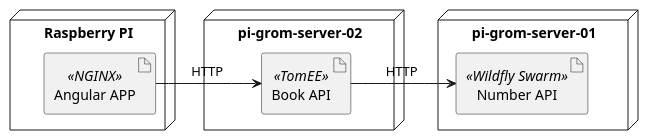
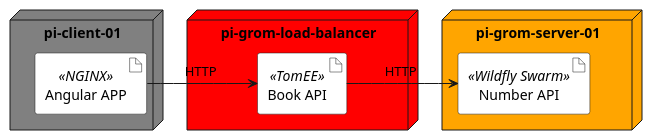
The diagram in slides/src/main/plantuml/invoking-architecture.puml (agoncal/baking-microservice-pie), drawn with PlantUML before and after one commit. The commit also changed 2 other files, not shown here.

```diff
--- a/slides/src/main/plantuml/invoking-architecture.puml
+++ b/slides/src/main/plantuml/invoking-architecture.puml
@@ -1,17 +1,17 @@
 @startuml
 
-node "Raspberry PI" as piclient {
-    artifact "Angular APP" <<NGINX>> as angular
+node "pi-client-01" as piclient #grey {
+    artifact "Angular APP" <<NGINX>> as angular #white
 }
 
-node "pi-grom-server-01" as piserver {
-    artifact "Number API" <<Wildfly Swarm>> as numberapi
+node "pi-grom-server-01" as piserver #orange {
+    artifact "Number API" <<Wildfly Swarm>> as numberapi #white
 }
 
-node "pi-grom-server-02" as piserver2 {
-    artifact "Book API" <<TomEE>> as bookapi
+node "pi-grom-load-balancer" as piserver2 #red {
+    artifact "Book API" <<TomEE>> as bookapi #white
 }
 
 angular -> bookapi: "     HTTP      "
 bookapi -> numberapi: "     HTTP      "
 @enduml
```
